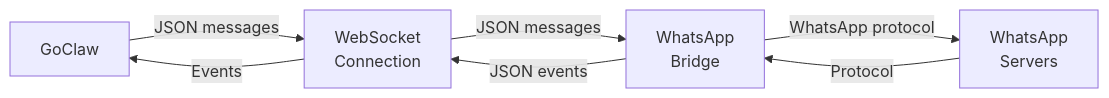
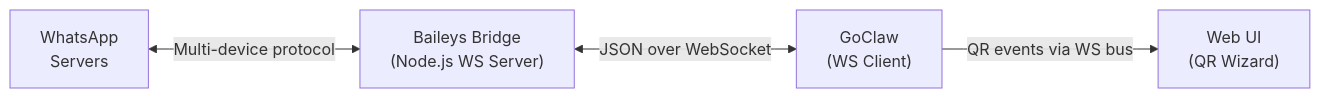
Before and after one commit to nextlevelbuilder/goclaw-docs: the diagram in channels/whatsapp.md, drawn with Mermaid. The commit also changed other lines of this file and 5 other files, not shown here.

First line of the commit message:
docs(whatsapp): rewrite WhatsApp channel docs for Baileys bridge implementation

````diff
--- a/channels/whatsapp.md
+++ b/channels/whatsapp.md
@@ -58,14 +75,11 @@
 ```mermaid
 flowchart LR
-    GC["GoClaw"]
-    WS["WebSocket<br/>Connection"]
-    BRIDGE["WhatsApp<br/>Bridge"]
     WA["WhatsApp<br/>Servers"]
+    BRIDGE["Baileys Bridge<br/>(Node.js WS Server)"]
+    GC["GoClaw<br/>(WS Client)"]
+    UI["Web UI<br/>(QR Wizard)"]
 
-    GC -->|"JSON messages"| WS
-    WS -->|"JSON messages"| BRIDGE
-    BRIDGE -->|"WhatsApp protocol"| WA
-    WA -->|"Protocol"| BRIDGE
-    BRIDGE -->|"JSON events"| WS
-    WS -->|"Events"| GC
+    WA <-->|"Multi-device protocol"| BRIDGE
+    BRIDGE <-->|"JSON over WebSocket"| GC
+    GC -->|"QR events via WS bus"| UI
 ```
````
